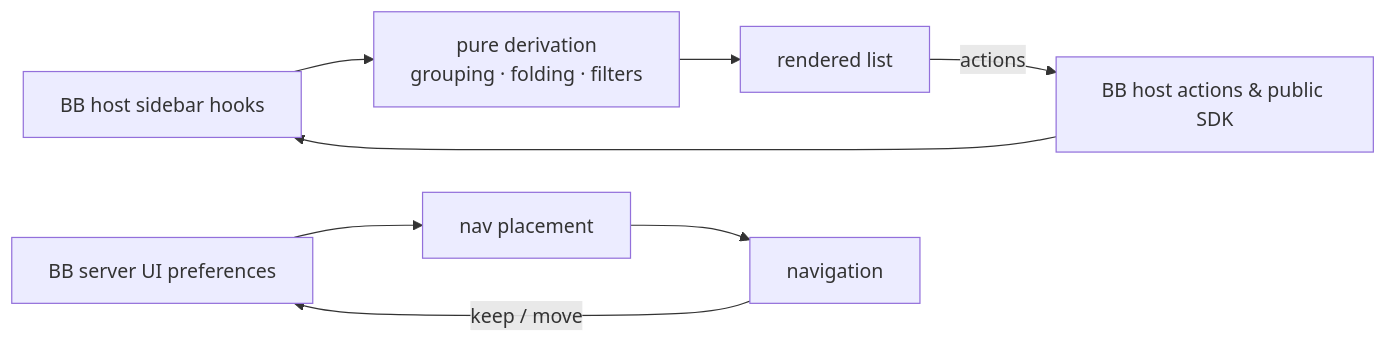
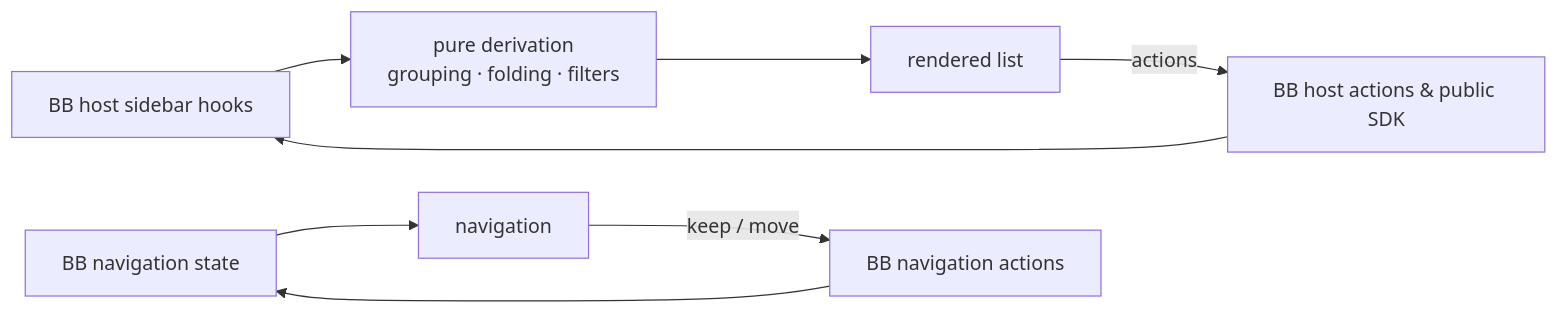
One commit to MacHatter1/bb-plugin-radar-sidebar changed the diagram in README.md. Above: the diagram before and after it, drawn with Mermaid. The commit also changed other lines of this file and 16 other files, not shown here.

````diff
--- a/README.md
+++ b/README.md
@@ -192,10 +192,10 @@
 ```mermaid
 flowchart LR
   H[BB host sidebar hooks] --> D[pure derivation<br/>grouping · folding · filters]
   D --> R[rendered list]
   R -->|actions| A[BB host actions &amp; public SDK]
   A --> H
-  N[BB server UI preferences] --> V[nav placement]
-  V --> NAV[navigation]
-  NAV -->|keep / move| N
+  N[BB navigation state] --> NAV[navigation]
+  NAV -->|keep / move| NA[BB navigation actions]
+  NA --> N
 ```
````
